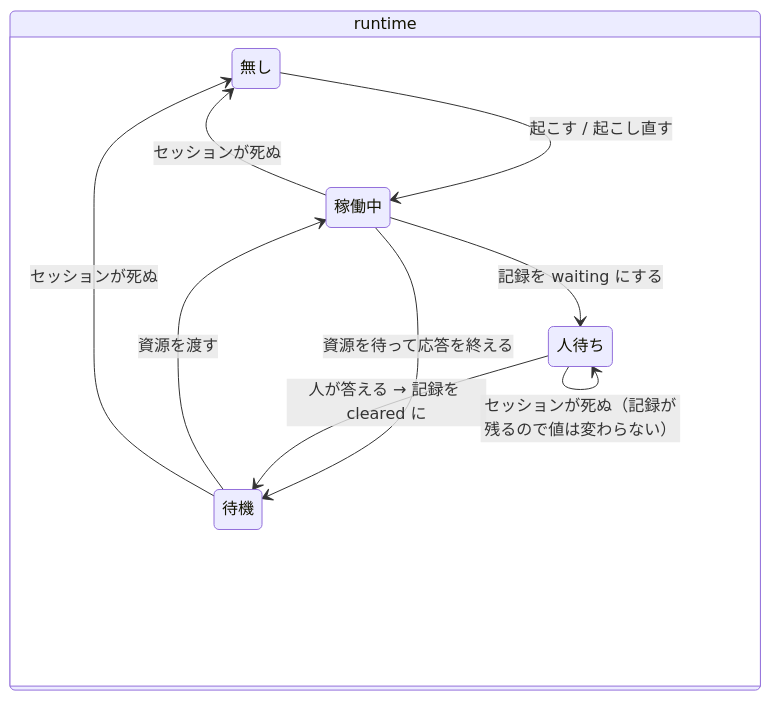
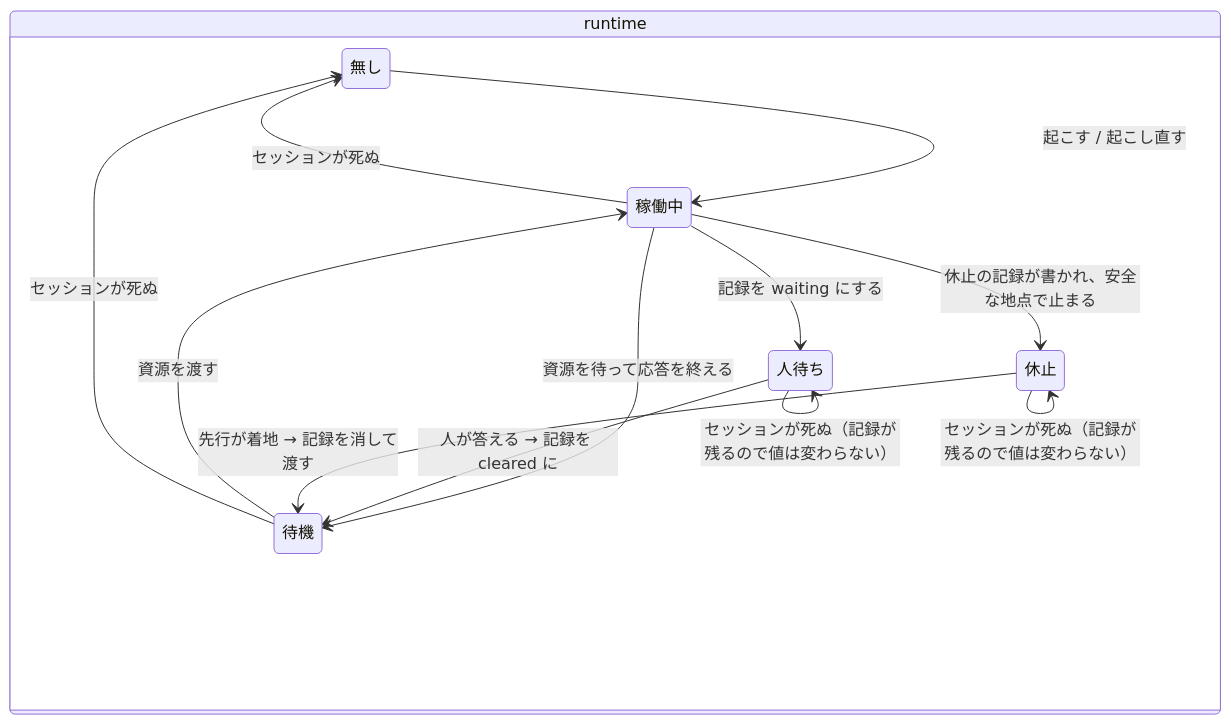
One commit to usagizmo/agentfiles changed the second of 4 diagrams in agents/docs/lifecycle.md. Above: the diagram before and after it, drawn with Mermaid. The commit also changed other lines of this file and 12 other files, not shown here.

````diff
--- a/agents/docs/lifecycle.md
+++ b/agents/docs/lifecycle.md
@@ -75,14 +75,17 @@
 ```mermaid
 stateDiagram-v2
     direction LR
     state "runtime" as R {
         無し --> 稼働中: 起こす / 起こし直す
         稼働中 --> 待機: 資源を待って応答を終える
         待機 --> 稼働中: 資源を渡す
         稼働中 --> 人待ち: 記録を waiting にする
         人待ち --> 待機: 人が答える → 記録を cleared に
         人待ち --> 人待ち: セッションが死ぬ（記録が残るので値は変わらない）
+        稼働中 --> 休止: 休止の記録が書かれ、安全な地点で止まる
+        休止 --> 待機: 先行が着地 → 記録を消して渡す
+        休止 --> 休止: セッションが死ぬ（記録が残るので値は変わらない）
         稼働中 --> 無し: セッションが死ぬ
         待機 --> 無し: セッションが死ぬ
     }
 ```
````
